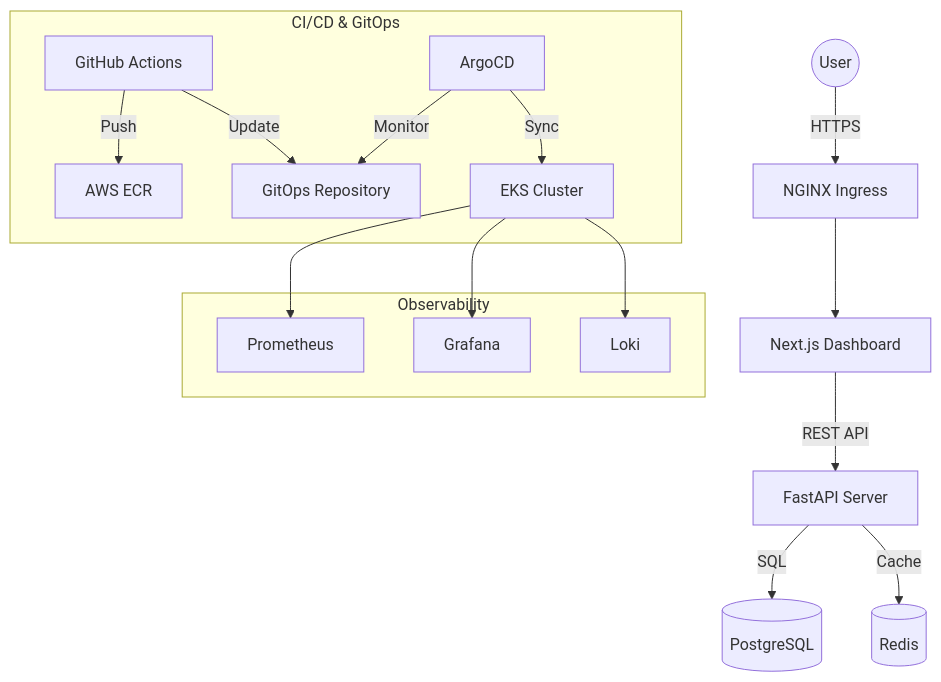
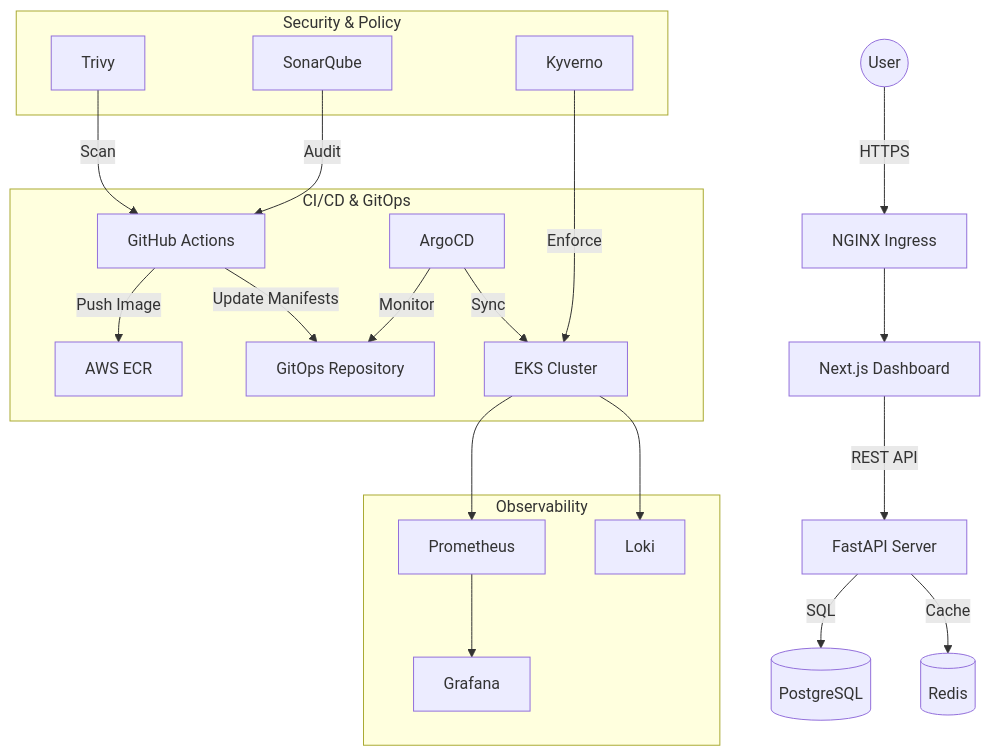
The diagram in README.md (bittush8789/cloudops-control-center), drawn with Mermaid before and after one commit. The commit also changed other lines of this file, not shown here.

Commit message:
docs: finalize elite industry-standard README.md with badges and architecture

````diff
--- a/README.md
+++ b/README.md
@@ -9,21 +39,27 @@
 ```mermaid
 graph TD
     User((User)) -->|HTTPS| Ingress[NGINX Ingress]
     Ingress --> Frontend[Next.js Dashboard]
     Frontend -->|REST API| Backend[FastAPI Server]
     Backend -->|SQL| Postgres[(PostgreSQL)]
     Backend -->|Cache| Redis[(Redis)]
     
     subgraph "CI/CD & GitOps"
-        Github[GitHub Actions] -->|Push| ECR[AWS ECR]
-        Github -->|Update| GitOpsRepo[GitOps Repository]
+        Github[GitHub Actions] -->|Push Image| ECR[AWS ECR]
+        Github -->|Update Manifests| GitOpsRepo[GitOps Repository]
         ArgoCD[ArgoCD] -->|Monitor| GitOpsRepo
         ArgoCD -->|Sync| K8s[EKS Cluster]
     end
     
+    subgraph "Security & Policy"
+        Kyverno[Kyverno] -->|Enforce| K8s
+        Trivy[Trivy] -->|Scan| Github
+        Sonar[SonarQube] -->|Audit| Github
+    end
+    
     subgraph "Observability"
-        K8s --> Prometheus[Prometheus]
-        K8s --> Grafana[Grafana]
+        K8s --> Prom[Prometheus]
+        Prom --> Grafana[Grafana]
         K8s --> Loki[Loki]
     end
 ```
````
